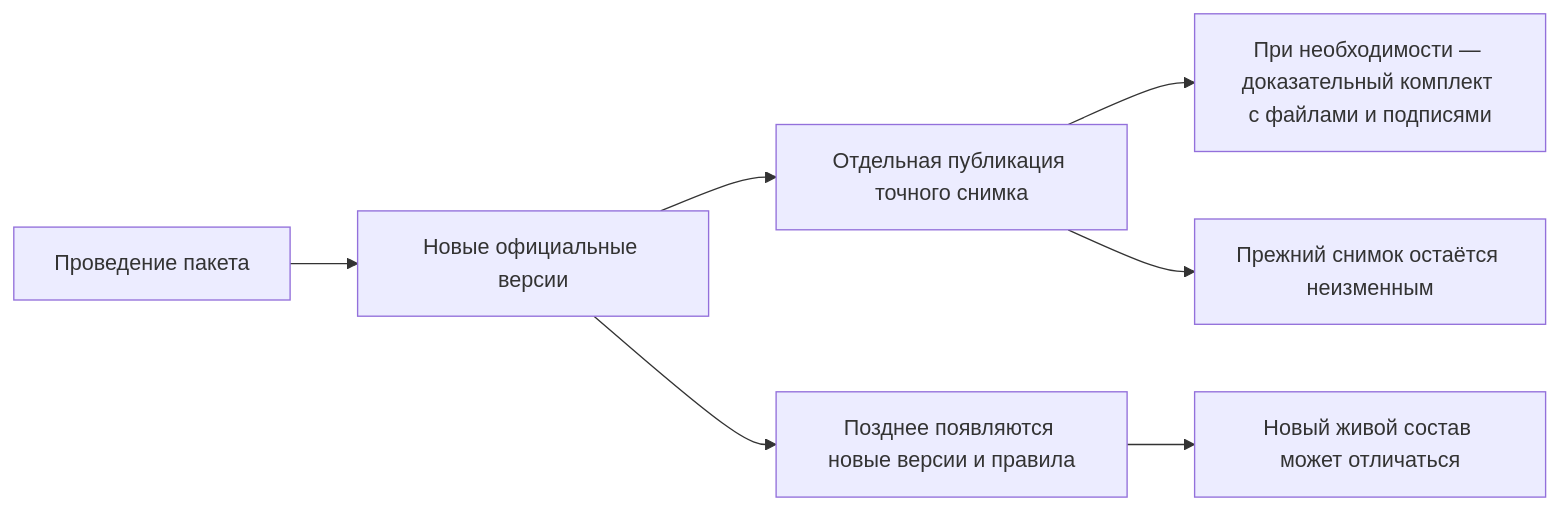
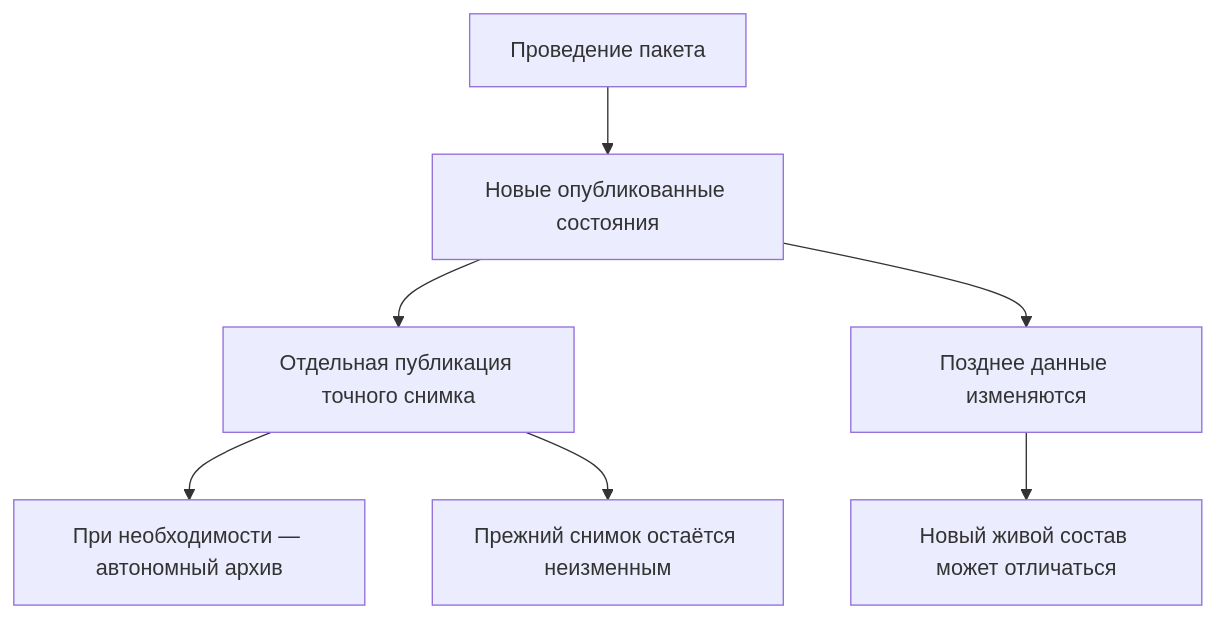
Before and after one commit to ZelAnton/Interlink-product-book: the first of 2 diagrams in wiki/Change-package-snapshots.md, drawn with Mermaid. The commit also changed other lines of this file and 231 other files, not shown here.

````diff
--- a/wiki/Change-package-snapshots.md
+++ b/wiki/Change-package-snapshots.md
@@ -13,9 +15,9 @@
 ```mermaid
-flowchart LR
-    C["Проведение пакета"] --> R["Новые официальные версии"]
+flowchart TD
+    C["Проведение пакета"] --> R["Новые опубликованные состояния"]
     R --> S["Отдельная публикация точного снимка"]
-    S --> E["При необходимости — доказательный комплект с файлами и подписями"]
-    R --> L["Позднее появляются новые версии и правила"]
+    S --> E["При необходимости — автономный архив"]
+    R --> L["Позднее данные изменяются"]
     L --> N["Новый живой состав может отличаться"]
     S --> Q["Прежний снимок остаётся неизменным"]
 ```
````
